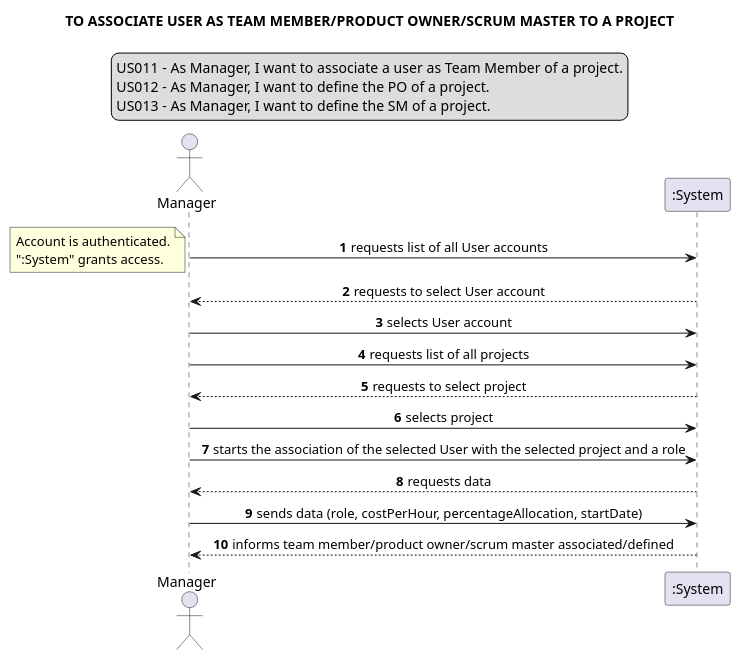
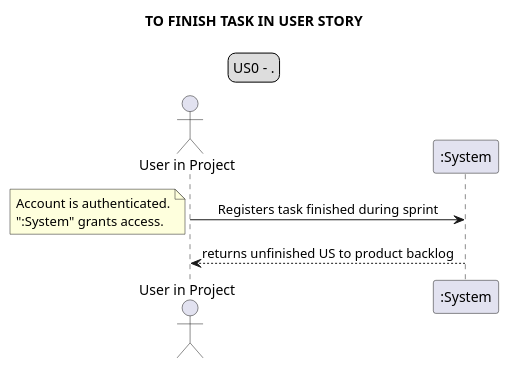
Before and after one commit to Loracline/project_switch_22-23: diagram 11 of 23 in docs/requirements_gathering/system_sequence_diagrams/systemSequenceDiagram.puml, drawn with PlantUML. The commit also changed other lines of this file and 23 other files, not shown here.

```diff
--- a/docs/requirements_gathering/system_sequence_diagrams/systemSequenceDiagram.puml
+++ b/docs/requirements_gathering/system_sequence_diagrams/systemSequenceDiagram.puml
@@ -187,25 +167,14 @@
 @startuml
 legend top
-US011 - As Manager, I want to associate a user as Team Member of a project.
-US012 - As Manager, I want to define the PO of a project.
-US013 - As Manager, I want to define the SM of a project.
+US0 - .
 end legend
 skinparam sequenceMessageAlign center
-title TO ASSOCIATE USER AS TEAM MEMBER/PRODUCT OWNER/SCRUM MASTER TO A PROJECT
-actor "Manager"
-autonumber
-"Manager" -> ":System": requests list of all User accounts
+title TO FINISH TASK IN USER STORY
+actor "User in Project" as UIP
+"UIP" -> ":System": Registers task finished during sprint
 note left
 Account is authenticated.
 ":System" grants access.
 end note
-"Manager" <-- ":System": requests to select User account
-"Manager" -> ":System": selects User account
-"Manager" -> ":System": requests list of all projects
-"Manager" <-- ":System": requests to select project
-"Manager" -> ":System": selects project
-"Manager" -> ":System": starts the association of the selected User with the selected project and a role
-"Manager" <-- ":System": requests data
-"Manager" -> ":System": sends data (role, costPerHour, percentageAllocation, startDate)
-"Manager" <-- ":System": informs team member/product owner/scrum master associated/defined
+UIP <-- ":System": returns unfinished US to product backlog
 @enduml
```
